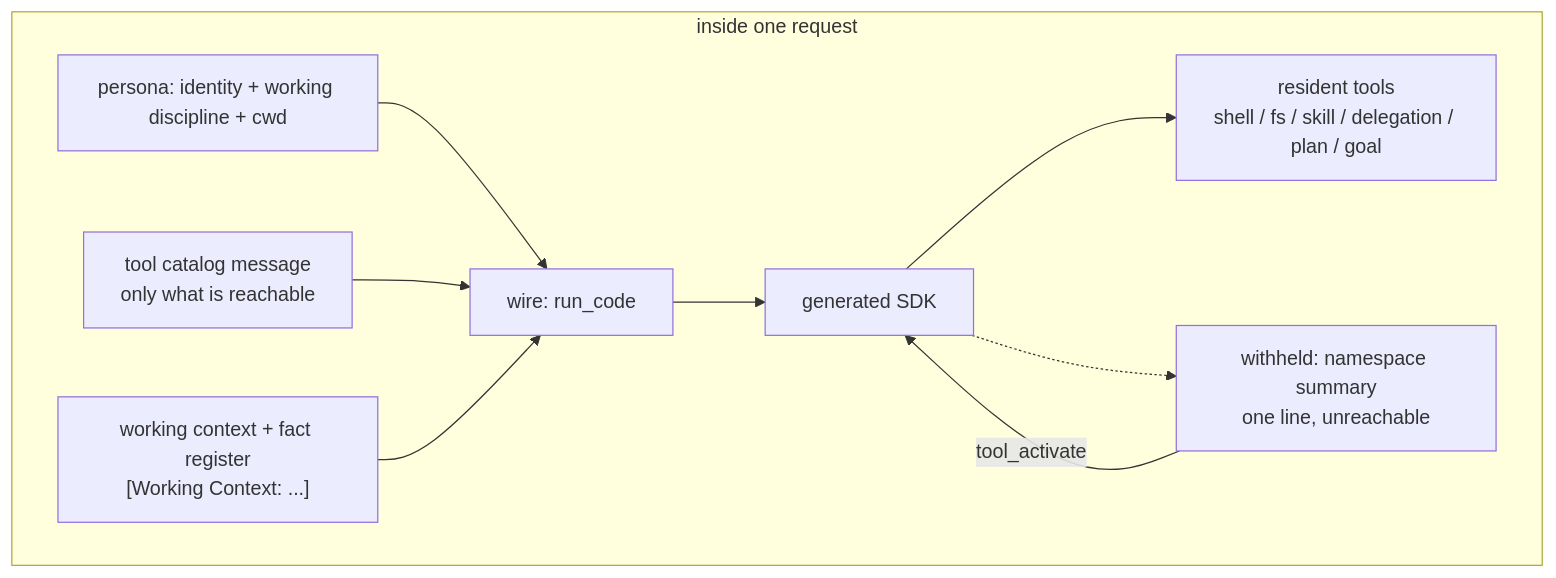
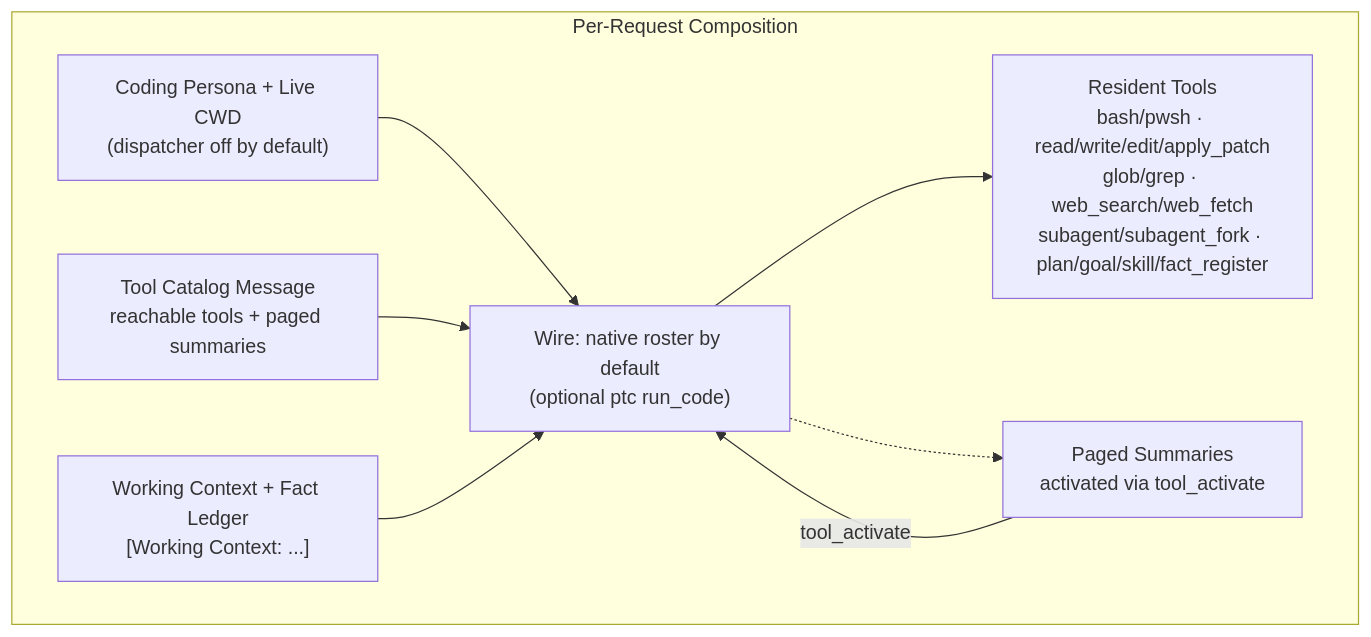
Before and after one commit to PandaBoby/dsh-liangheng: the diagram in README.en.md, drawn with Mermaid. The commit also changed other lines of this file and 58 other files, not shown here.

````diff
--- a/README.en.md
+++ b/README.en.md
@@ -138,12 +107,11 @@
 ```mermaid
 flowchart TB
-  subgraph request["inside one request"]
-    P["persona: identity + working discipline + cwd"] --> W["wire: run_code"]
-    K["tool catalog message<br/>only what is reachable"] --> W
-    C["working context + fact register<br/>[Working Context: ...]"] --> W
-    W --> S["generated SDK"]
-    S --> R["resident tools<br/>shell / fs / skill / delegation / plan / goal"]
-    S -.-> Q["withheld: namespace summary<br/>one line, unreachable"]
+  subgraph request["Per-Request Composition"]
+    P["Coding Persona + Live CWD<br/>(dispatcher off by default)"] --> W["Wire: native roster by default<br/>(optional ptc run_code)"]
+    K["Tool Catalog Message<br/>reachable tools + paged summaries"] --> W
+    C["Working Context + Fact Ledger<br/>[Working Context: ...]"] --> W
+    W --> R["Resident Tools<br/>bash/pwsh · read/write/edit/apply_patch<br/>glob/grep · web_search/web_fetch<br/>subagent/subagent_fork · plan/goal/skill/fact_register"]
+    W -.-> Q["Paged Summaries<br/>activated via tool_activate"]
   end
-  Q -->|tool_activate| S
+  Q -->|tool_activate| W
 ```
````
